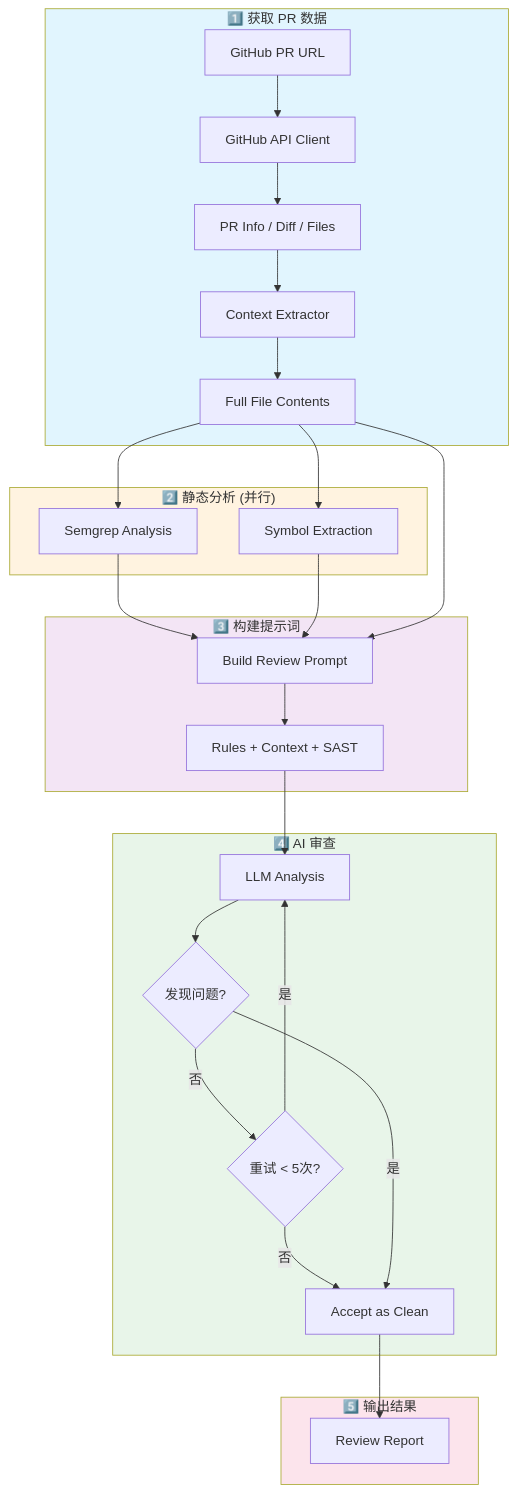
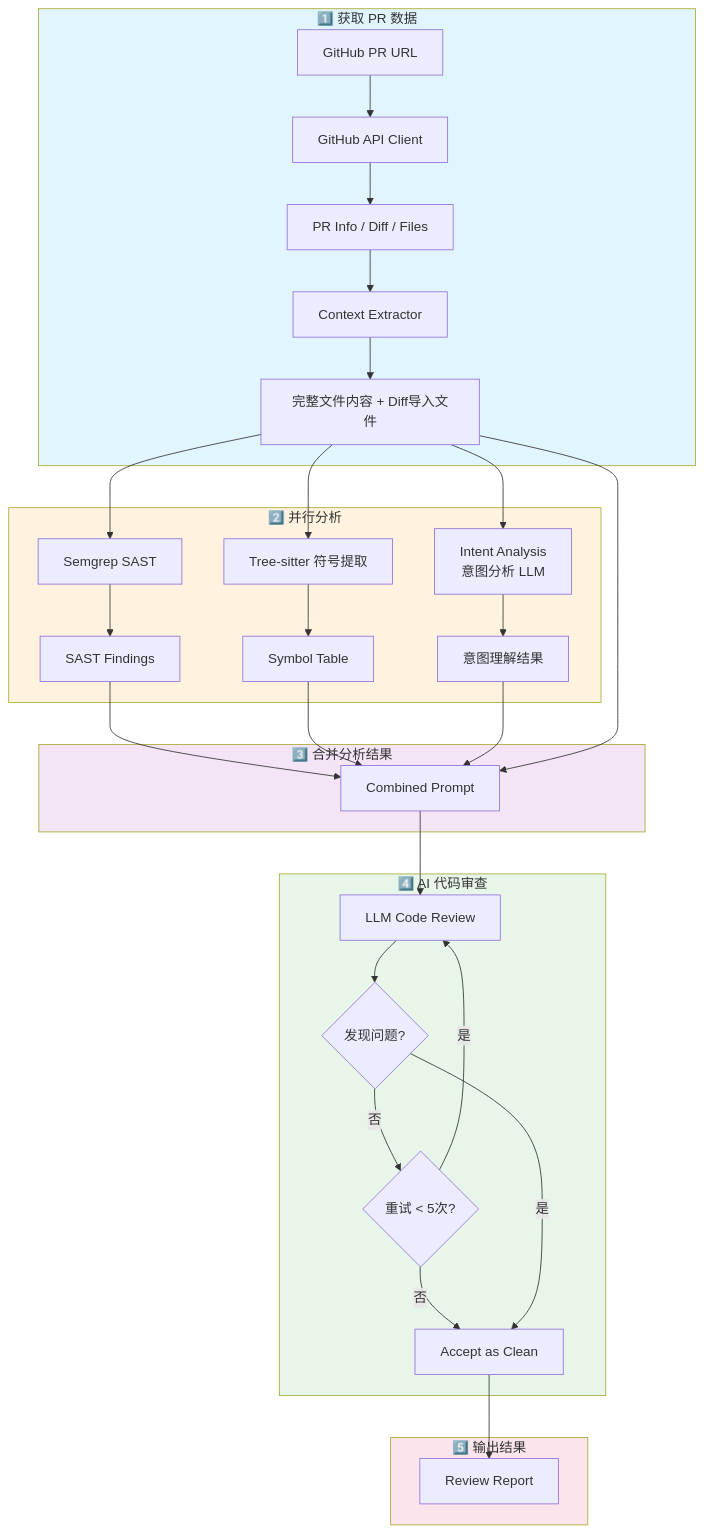
Before and after one commit to zju-sxf-code-review/AI-Code-Review-DiffCOT-DiffCOT: the first of 3 diagrams in README.md, drawn with Mermaid. The commit also changed other lines of this file, not shown here.

````diff
--- a/README.md
+++ b/README.md
@@ -184,40 +214,44 @@
 ```mermaid
 flowchart TB
     subgraph fetch["1️⃣ 获取 PR 数据"]
         A[GitHub PR URL] --> B[GitHub API Client]
         B --> C[PR Info / Diff / Files]
         C --> D[Context Extractor]
-        D --> E[Full File Contents]
+        D --> E[完整文件内容 + Diff导入文件]
     end
 
-    subgraph sast["2️⃣ 静态分析 (并行)"]
-        E --> F[Semgrep Analysis]
-        E --> G[Symbol Extraction]
+    subgraph parallel["2️⃣ 并行分析"]
+        E --> F[Semgrep SAST]
+        E --> G[Tree-sitter 符号提取]
+        E --> H[Intent Analysis<br/>意图分析 LLM]
+        F --> I[SAST Findings]
+        G --> J[Symbol Table]
+        H --> K[意图理解结果]
     end
 
-    subgraph prompt["3️⃣ 构建提示词"]
-        F --> H[Build Review Prompt]
-        G --> H
-        E --> H
-        H --> I[Rules + Context + SAST]
+    subgraph combine["3️⃣ 合并分析结果"]
+        I --> L[Combined Prompt]
+        J --> L
+        K --> L
+        E --> L
     end
 
-    subgraph ai["4️⃣ AI 审查"]
-        I --> J[LLM Analysis]
-        J --> K{发现问题?}
-        K -->|否| L{重试 < 5次?}
-        L -->|是| J
-        L -->|否| M[Accept as Clean]
-        K -->|是| M
+    subgraph review["4️⃣ AI 代码审查"]
+        L --> M[LLM Code Review]
+        M --> N{发现问题?}
+        N -->|否| O{重试 < 5次?}
+        O -->|是| M
+        O -->|否| P[Accept as Clean]
+        N -->|是| P
     end
 
     subgraph result["5️⃣ 输出结果"]
-        M --> N[Review Report]
+        P --> Q[Review Report]
     end
 
     style fetch fill:#e1f5fe
-    style sast fill:#fff3e0
-    style prompt fill:#f3e5f5
-    style ai fill:#e8f5e9
+    style parallel fill:#fff3e0
+    style combine fill:#f3e5f5
+    style review fill:#e8f5e9
     style result fill:#fce4ec
 ```
````
